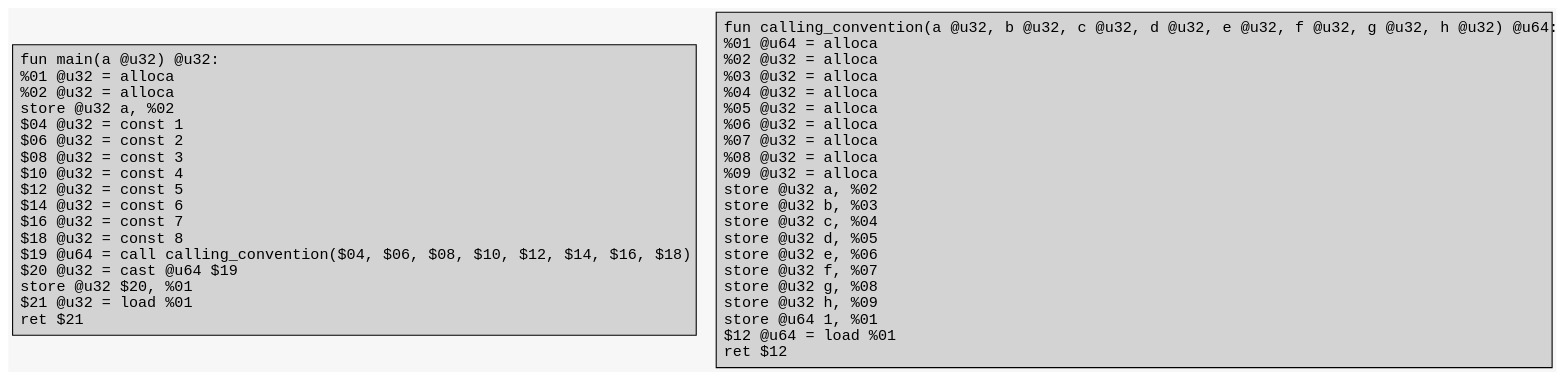
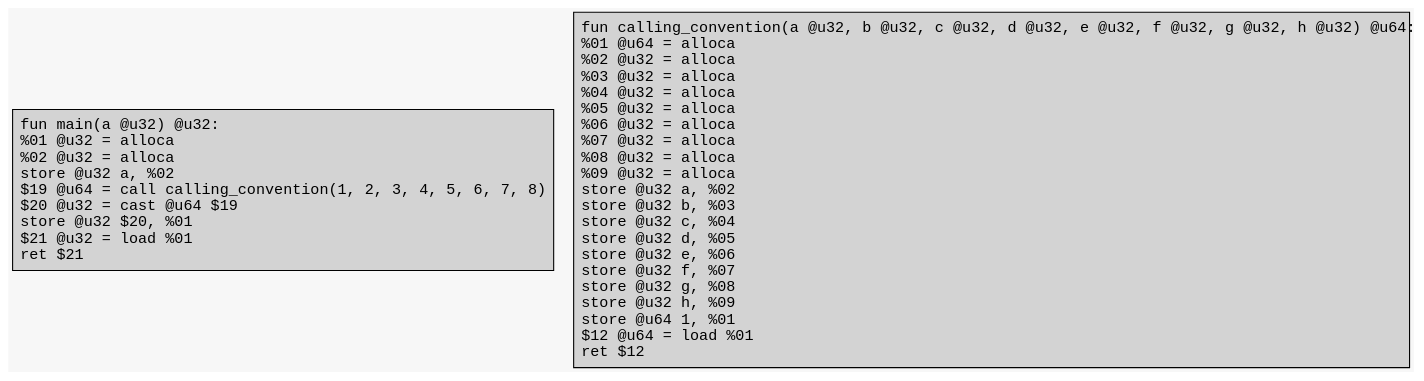
Before and after one commit to Excse/arkoi_language: the diagram in example/cc/cc_opt.dot, drawn with Graphviz. The commit also changed 5 other files, not shown here.

```diff
--- a/example/cc/cc_opt.dot
+++ b/example/cc/cc_opt.dot
@@ -1,10 +1,10 @@
 digraph CFG {
 	graph [fontname = "Monospace"];
 	node  [fontname = "Monospace", shape=box, style=filled, margin=0.1];
 	edge  [fontname = "Monospace"];
 	bgcolor = "#f7f7f7";
 	splines = false;
 
-	L0 [label="fun main(a @u32) @u32:\l %01 @u32 = alloca\l %02 @u32 = alloca\l store @u32 a, %02\l $04 @u32 = const 1\l $06 @u32 = const 2\l $08 @u32 = const 3\l $10 @u32 = const 4\l $12 @u32 = const 5\l $14 @u32 = const 6\l $16 @u32 = const 7\l $18 @u32 = const 8\l $19 @u64 = call calling_convention($04, $06, $08, $10, $12, $14, $16, $18)\l $20 @u32 = cast @u64 $19\l store @u32 $20, %01\l $21 @u32 = load %01\l ret $21\l"];
+	L0 [label="fun main(a @u32) @u32:\l %01 @u32 = alloca\l %02 @u32 = alloca\l store @u32 a, %02\l $19 @u64 = call calling_convention(1, 2, 3, 4, 5, 6, 7, 8)\l $20 @u32 = cast @u64 $19\l store @u32 $20, %01\l $21 @u32 = load %01\l ret $21\l"];
 	L2 [label="fun calling_convention(a @u32, b @u32, c @u32, d @u32, e @u32, f @u32, g @u32, h @u32) @u64:\l %01 @u64 = alloca\l %02 @u32 = alloca\l %03 @u32 = alloca\l %04 @u32 = alloca\l %05 @u32 = alloca\l %06 @u32 = alloca\l %07 @u32 = alloca\l %08 @u32 = alloca\l %09 @u32 = alloca\l store @u32 a, %02\l store @u32 b, %03\l store @u32 c, %04\l store @u32 d, %05\l store @u32 e, %06\l store @u32 f, %07\l store @u32 g, %08\l store @u32 h, %09\l store @u64 1, %01\l $12 @u64 = load %01\l ret $12\l"];
 }
```
